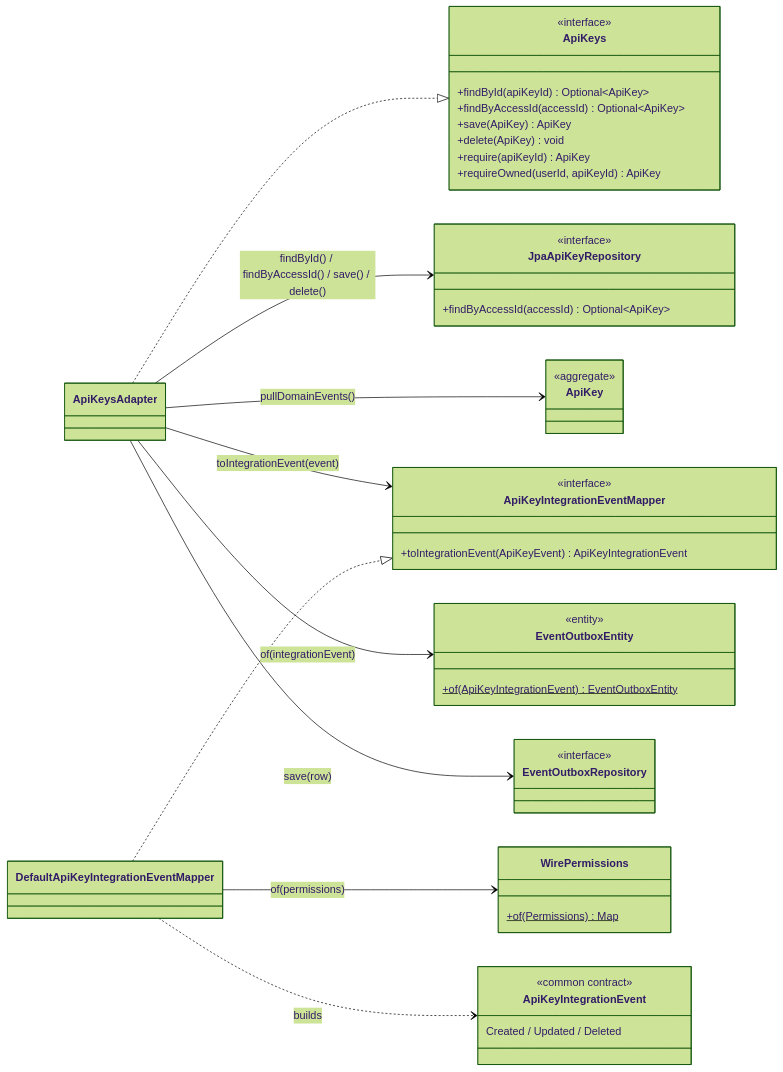
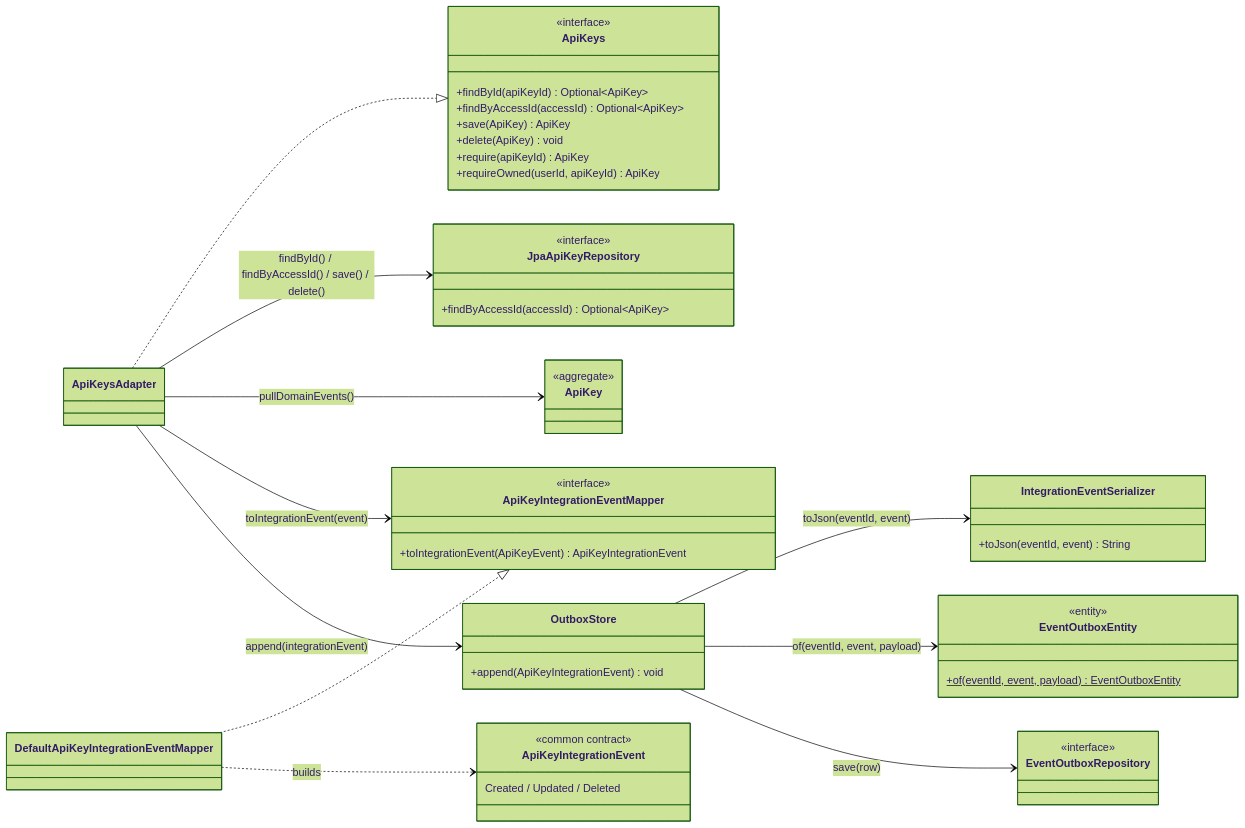
One commit to Dhiren9939/HQ-Tier0 changed the sixth of 11 diagrams in docs/access-class-diagram.md. Above: the diagram before and after it, drawn with Mermaid (forest theme). The commit also changed other lines of this file and 1 other file, not shown here.

First line of the commit message:
docs(access): describe the halting outbox relay

````diff
--- a/docs/access-class-diagram.md
+++ b/docs/access-class-diagram.md
@@ -593,52 +598,56 @@
 ```mermaid
 classDiagram
     direction LR
 
     class ApiKeys {
         <<interface>>
         +findById(apiKeyId) Optional~ApiKey~
         +findByAccessId(accessId) Optional~ApiKey~
         +save(ApiKey) ApiKey
         +delete(ApiKey) void
         +require(apiKeyId) ApiKey
         +requireOwned(userId, apiKeyId) ApiKey
     }
     class ApiKeysAdapter
     class JpaApiKeyRepository {
         <<interface>>
         +findByAccessId(accessId) Optional~ApiKey~
     }
     class ApiKey {
         <<aggregate>>
     }
     class ApiKeyIntegrationEventMapper {
         <<interface>>
         +toIntegrationEvent(ApiKeyEvent) ApiKeyIntegrationEvent
     }
     class DefaultApiKeyIntegrationEventMapper
-    class WirePermissions {
-        +of(Permissions)$ Map
-    }
     class ApiKeyIntegrationEvent {
         <<common contract>>
         Created / Updated / Deleted
     }
+    class OutboxStore {
+        +append(ApiKeyIntegrationEvent) void
+    }
+    class IntegrationEventSerializer {
+        +toJson(eventId, event) String
+    }
     class EventOutboxEntity {
         <<entity>>
-        +of(ApiKeyIntegrationEvent)$ EventOutboxEntity
+        +of(eventId, event, payload)$ EventOutboxEntity
     }
     class EventOutboxRepository {
         <<interface>>
     }
 
     ApiKeysAdapter ..|> ApiKeys
     ApiKeysAdapter --> JpaApiKeyRepository : findById() / findByAccessId() / save() / delete()
     ApiKeysAdapter --> ApiKey : pullDomainEvents()
     ApiKeysAdapter --> ApiKeyIntegrationEventMapper : toIntegrationEvent(event)
-    ApiKeysAdapter --> EventOutboxEntity : of(integrationEvent)
-    ApiKeysAdapter --> EventOutboxRepository : save(row)
+    ApiKeysAdapter --> OutboxStore : append(integrationEvent)
+    OutboxStore --> IntegrationEventSerializer : toJson(eventId, event)
+    OutboxStore --> EventOutboxEntity : of(eventId, event, payload)
+    OutboxStore --> EventOutboxRepository : save(row)
 
     DefaultApiKeyIntegrationEventMapper ..|> ApiKeyIntegrationEventMapper
-    DefaultApiKeyIntegrationEventMapper --> WirePermissions : of(permissions)
     DefaultApiKeyIntegrationEventMapper ..> ApiKeyIntegrationEvent : builds
 ```
````
